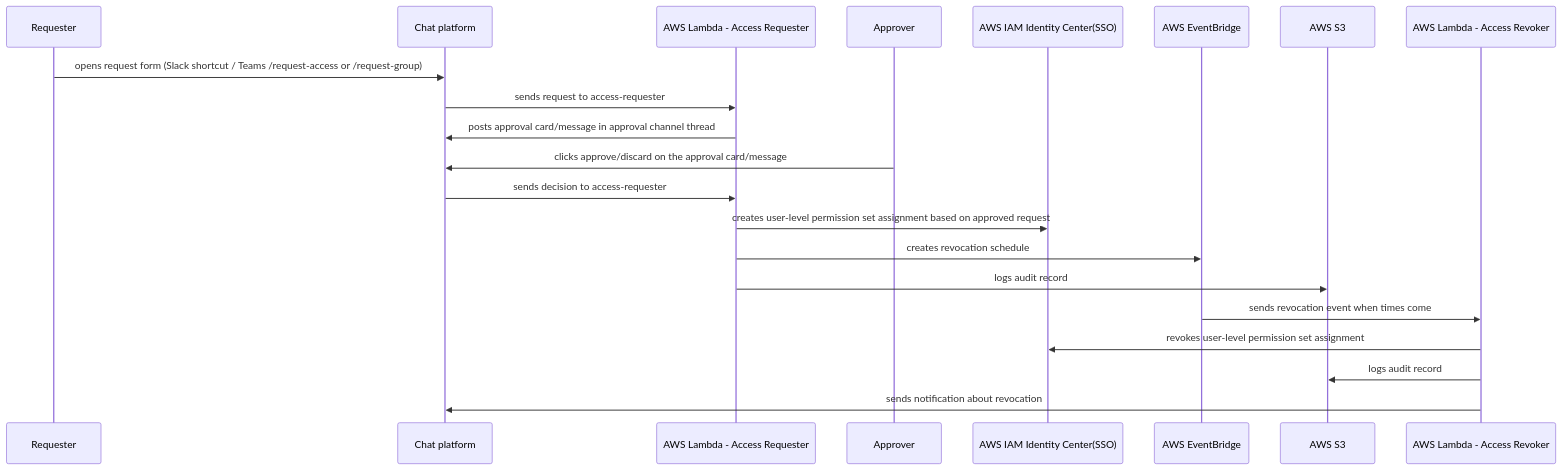
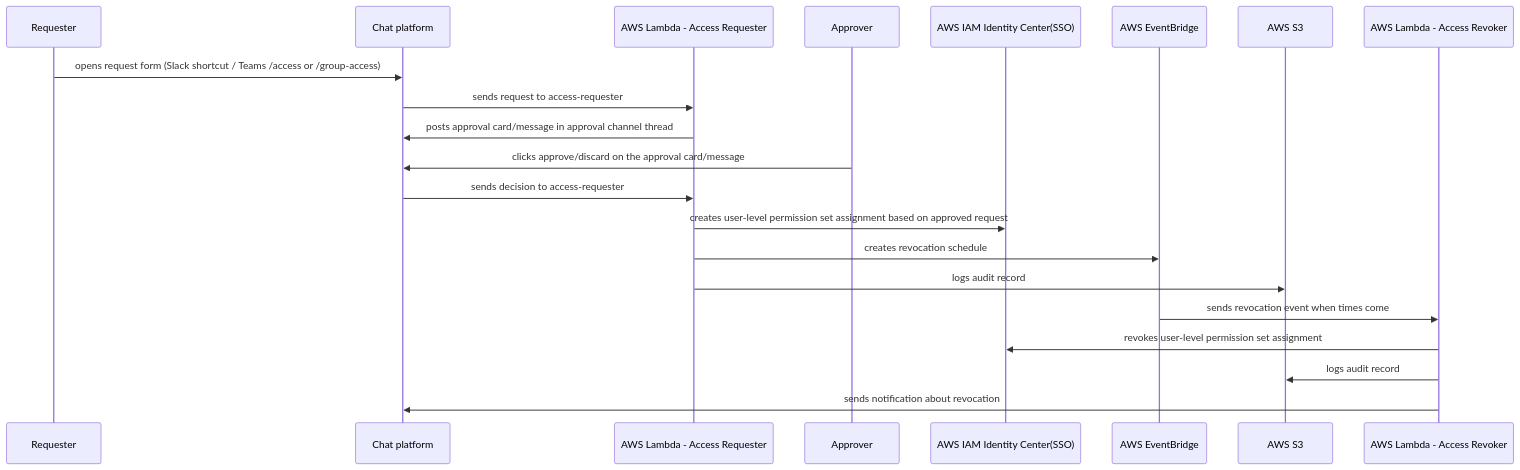
One commit to fivexl/terraform-aws-sso-elevator changed the first of 2 diagrams in README.md. Above: the diagram before and after it, drawn with Mermaid. The commit also changed other lines of this file and 5 other files, not shown here.

````diff
--- a/README.md
+++ b/README.md
@@ -76,15 +76,15 @@
 ```mermaid
 sequenceDiagram
-    Requester->>Chat platform: opens request form (Slack shortcut / Teams /request-access or /request-group)
+    Requester->>Chat platform: opens request form (Slack shortcut / Teams /access or /group-access)
     Chat platform->>AWS Lambda - Access Requester: sends request to access-requester
     AWS Lambda - Access Requester->>Chat platform: posts approval card/message in approval channel thread
     Approver->>Chat platform: clicks approve/discard on the approval card/message
     Chat platform->>AWS Lambda - Access Requester: sends decision to access-requester
     AWS Lambda - Access Requester->>AWS IAM Identity Center(SSO): creates user-level permission set assignment based on approved request
     AWS Lambda - Access Requester->>AWS EventBridge: creates revocation schedule
     AWS Lambda - Access Requester->>AWS S3: logs audit record
     AWS EventBridge->>AWS Lambda - Access Revoker: sends revocation event when times come
     AWS Lambda - Access Revoker->>AWS IAM Identity Center(SSO): revokes user-level permission set assignment
     AWS Lambda - Access Revoker->>AWS S3: logs audit record
     AWS Lambda - Access Revoker->>Chat platform: sends notification about revocation
 ```
````
